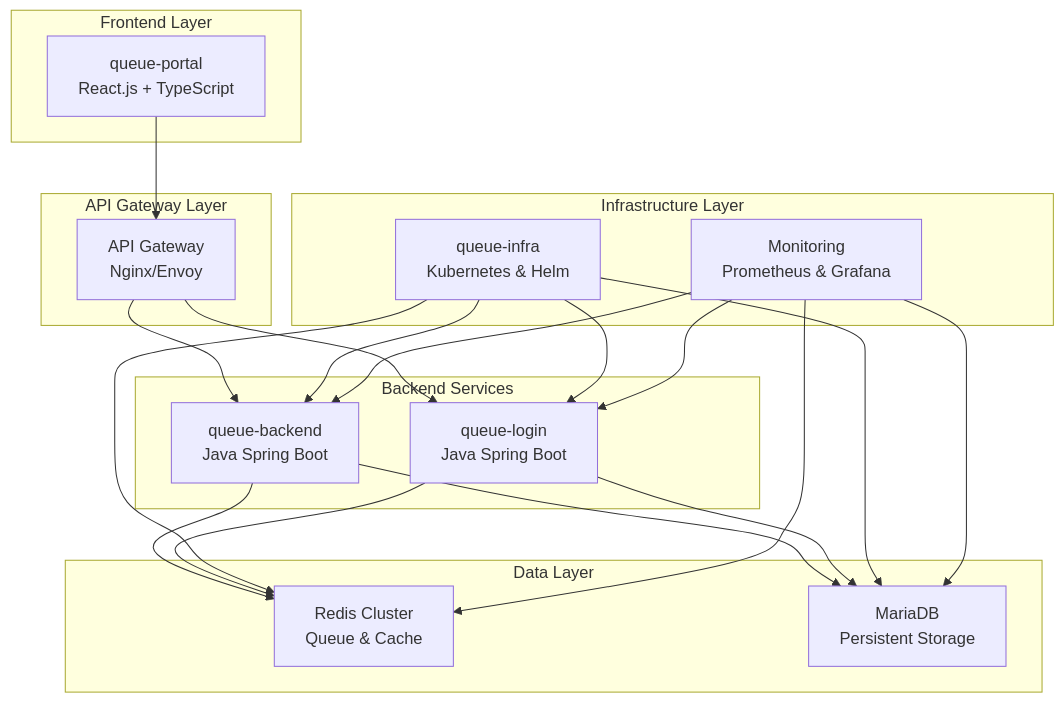
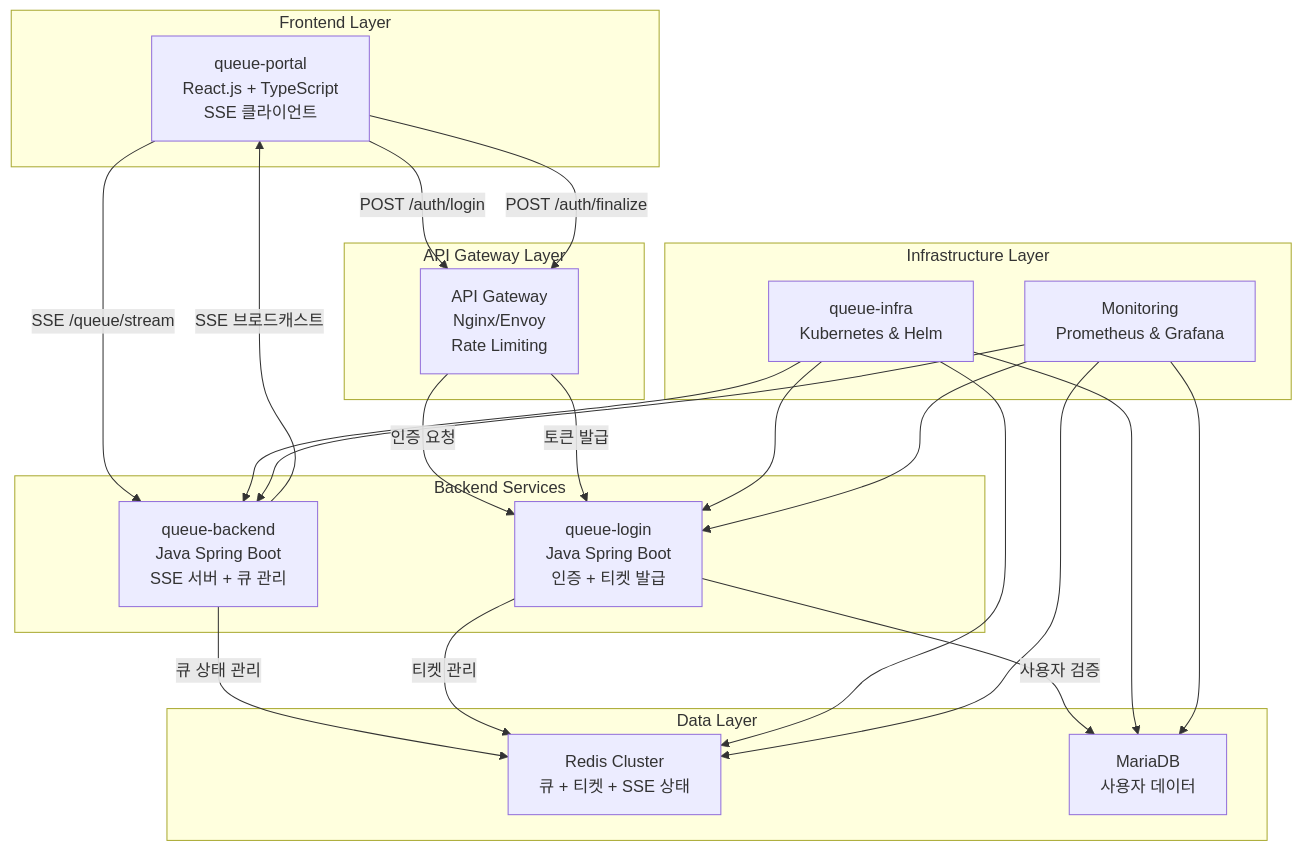
The first of 5 diagrams in docs/ProjectOverview.md (exodus-openstack/queue), drawn with Mermaid before and after one commit. The commit also changed other lines of this file and 1 other file, not shown here.

First line of the commit message:
docs: 로그인 큐 시스템 구조 반영 및 API 분리

````diff
--- a/docs/ProjectOverview.md
+++ b/docs/ProjectOverview.md
@@ -39,41 +40,43 @@
 ```mermaid
 graph TB
     subgraph "Frontend Layer"
-        A[queue-portal<br/>React.js + TypeScript]
+        A[queue-portal<br/>React.js + TypeScript<br/>SSE 클라이언트]
     end
     
     subgraph "API Gateway Layer"
-        B[API Gateway<br/>Nginx/Envoy]
+        B[API Gateway<br/>Nginx/Envoy<br/>Rate Limiting]
     end
     
     subgraph "Backend Services"
-        C[queue-backend<br/>Java Spring Boot]
-        D[queue-login<br/>Java Spring Boot]
+        C[queue-backend<br/>Java Spring Boot<br/>SSE 서버 + 큐 관리]
+        D[queue-login<br/>Java Spring Boot<br/>인증 + 티켓 발급]
     end
     
     subgraph "Data Layer"
-        E[Redis Cluster<br/>Queue & Cache]
-        F[MariaDB<br/>Persistent Storage]
+        E[Redis Cluster<br/>큐 + 티켓 + SSE 상태]
+        F[MariaDB<br/>사용자 데이터]
     end
     
     subgraph "Infrastructure Layer"
         G[queue-infra<br/>Kubernetes & Helm]
         H[Monitoring<br/>Prometheus & Grafana]
     end
     
-    A --> B
-    B --> C
-    B --> D
-    C --> E
-    C --> F
-    D --> E
-    D --> F
+    A -->|POST /auth/login| B
+    A -->|SSE /queue/stream| C
+    A -->|POST /auth/finalize| B
+    B -->|인증 요청| D
+    B -->|토큰 발급| D
+    C -->|큐 상태 관리| E
+    C -->|SSE 브로드캐스트| A
+    D -->|사용자 검증| F
+    D -->|티켓 관리| E
     G --> C
     G --> D
     G --> E
     G --> F
     H --> C
     H --> D
     H --> E
     H --> F
 ```
````
